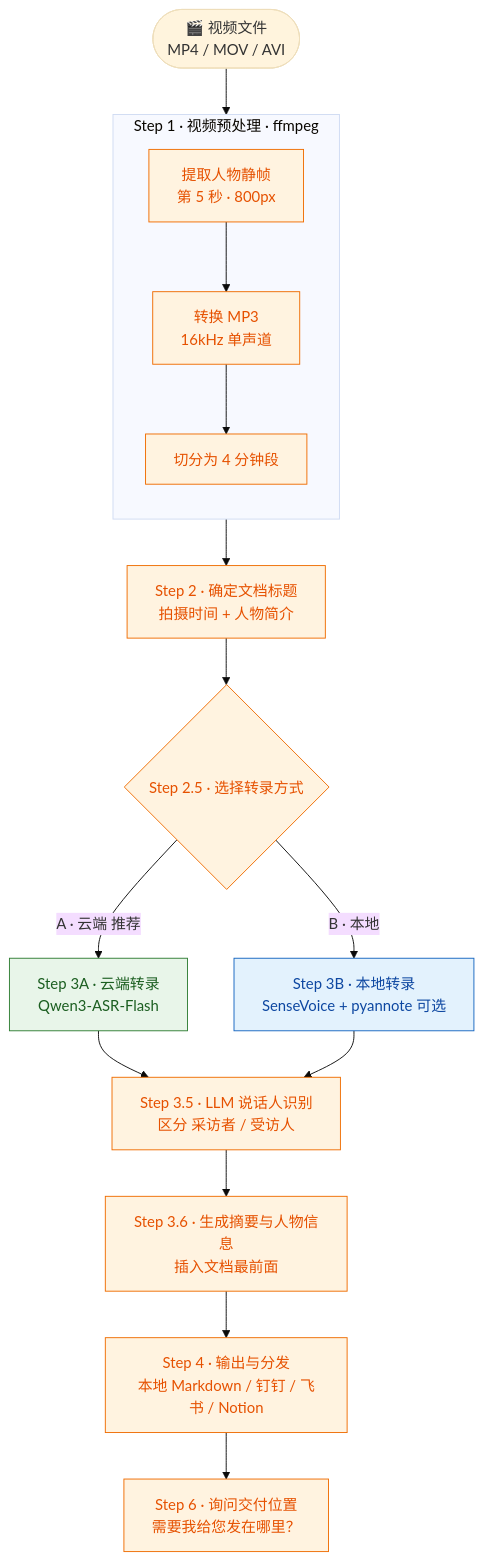
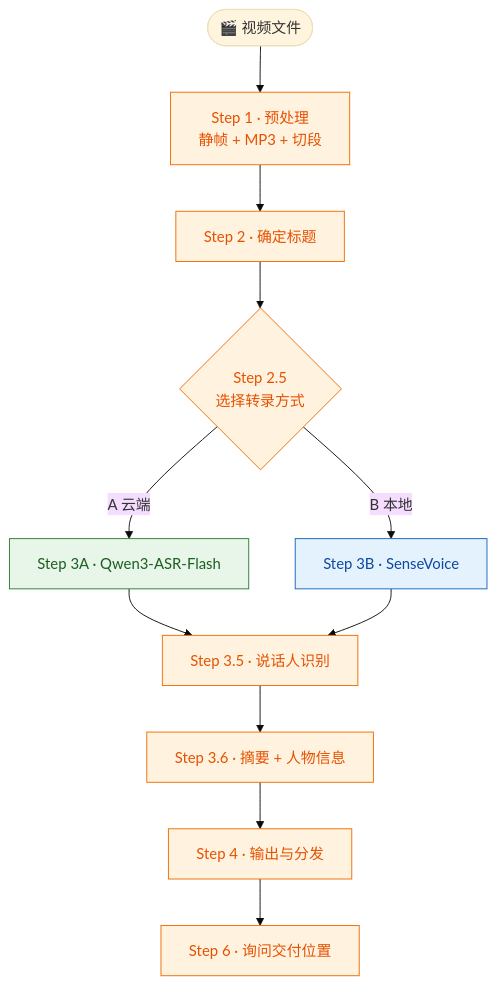
The diagram in README.md (torylyj/interview-transcriber), drawn with Mermaid (base theme) before and after one commit. The commit also changed other lines of this file, not shown here.

Commit message:
docs: 精简 Mermaid 工作流图，缩小尺寸减少间隙
- Step 1 三个子节点折叠为单节点，各框文字精简为单行
- 节点数由 13 减到 9，整体高度显著降低
- 居中显示 + linkStyle 细化连线

````diff
--- a/README.md
+++ b/README.md
@@ -144,25 +146,21 @@
 ```mermaid
 flowchart TD
-    V([🎬 视频文件<br/>MP4 / MOV / AVI]) --> S1
-    subgraph S1G[Step 1 · 视频预处理 · ffmpeg]
-        direction TB
-        S1[提取人物静帧<br/>第 5 秒 · 800px] --> S1b[转换 MP3<br/>16kHz 单声道]
-        S1b --> S1c[切分为 4 分钟段]
-    end
-    S1c --> S2[Step 2 · 确定文档标题<br/>拍摄时间 + 人物简介]
-    S2 --> S25{Step 2.5 · 选择转录方式}
-    S25 -->|A · 云端 推荐| S3A[Step 3A · 云端转录<br/>Qwen3-ASR-Flash]
-    S25 -->|B · 本地| S3B[Step 3B · 本地转录<br/>SenseVoice + pyannote 可选]
+    V([🎬 视频文件]) --> S1[Step 1 · 预处理<br/>静帧 + MP3 + 切段]
+    S1 --> S2[Step 2 · 确定标题]
+    S2 --> S25{Step 2.5<br/>选择转录方式}
+    S25 -->|A 云端| S3A[Step 3A · Qwen3-ASR-Flash]
+    S25 -->|B 本地| S3B[Step 3B · SenseVoice]
     S3A --> S35
     S3B --> S35
-    S35[Step 3.5 · LLM 说话人识别<br/>区分 采访者 / 受访人] --> S36[Step 3.6 · 生成摘要与人物信息<br/>插入文档最前面]
-    S36 --> S4[Step 4 · 输出与分发<br/>本地 Markdown / 钉钉 / 飞书 / Notion]
-    S4 --> S6[Step 6 · 询问交付位置<br/>需要我给您发在哪里？]
+    S35[Step 3.5 · 说话人识别] --> S36[Step 3.6 · 摘要 + 人物信息]
+    S36 --> S4[Step 4 · 输出与分发]
+    S4 --> S6[Step 6 · 询问交付位置]
 
     classDef cloud fill:#e8f5e9,stroke:#2e7d32,color:#1b5e20;
     classDef local fill:#e3f2fd,stroke:#1565c0,color:#0d47a1;
     classDef main fill:#fff3e0,stroke:#ef6c00,color:#e65100;
     class S3A cloud;
     class S3B local;
-    class S25,S35,S36,S4,S6,S2,S1,S1b,S1c main;
+    class S1,S2,S25,S35,S36,S4,S6 main;
+    linkStyle default stroke-width:1px;
 ```
````
